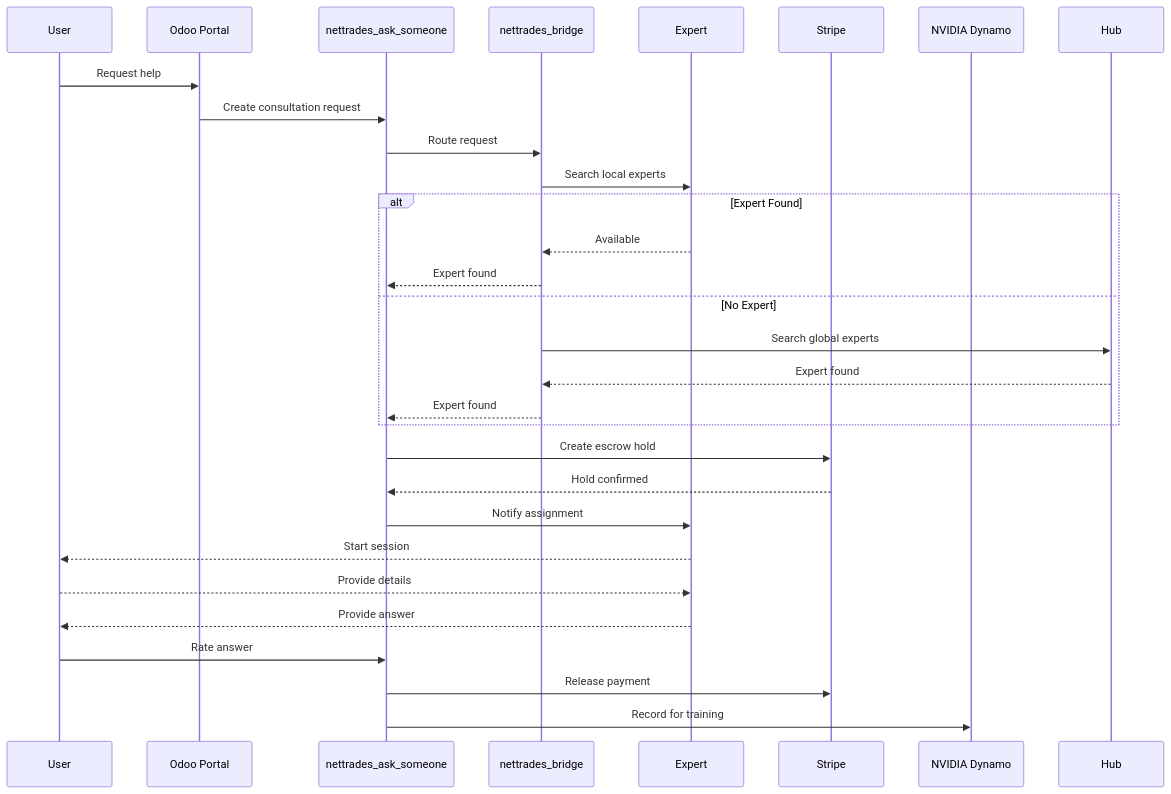
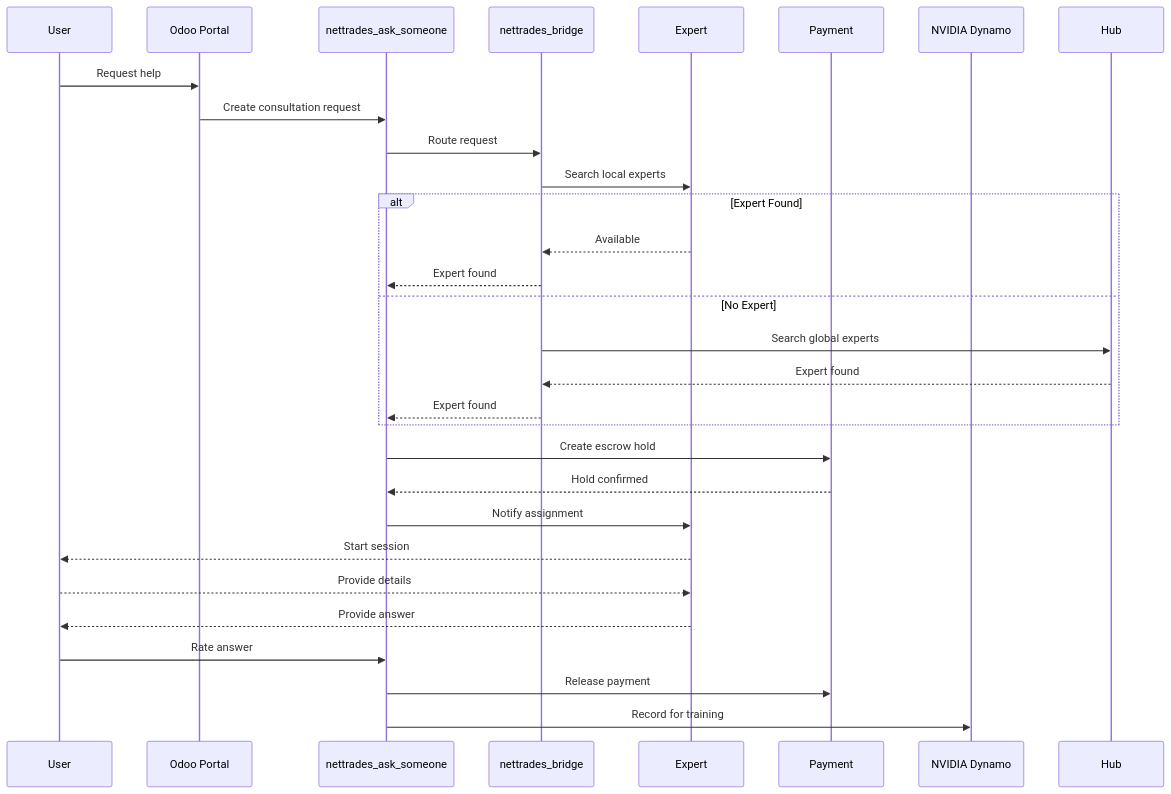
Before and after one commit to nettrades/nettrades-platform: diagram 15 of 18 in README.md, drawn with Mermaid. The commit also changed other lines of this file, not shown here.

Commit message:
Read me file changes

````diff
--- a/README.md
+++ b/README.md
@@ -1875,32 +1875,32 @@
 ```mermaid
 sequenceDiagram
     participant User
     participant Portal as Odoo Portal
     participant Ask as nettrades_ask_someone
     participant Bridge as nettrades_bridge
     participant Expert
-    participant Stripe
+    participant Payment
     participant NVIDIA Dynamo
 
     User->>Portal: Request help
     Portal->>Ask: Create consultation request
     Ask->>Bridge: Route request
     Bridge->>Expert: Search local experts
     alt Expert Found
         Expert-->>Bridge: Available
         Bridge-->>Ask: Expert found
     else No Expert
         Bridge->>Hub: Search global experts
         Hub-->>Bridge: Expert found
         Bridge-->>Ask: Expert found
     end
-    Ask->>Stripe: Create escrow hold
-    Stripe-->>Ask: Hold confirmed
+    Ask->>Payment: Create escrow hold
+    Payment-->>Ask: Hold confirmed
     Ask->>Expert: Notify assignment
     Expert-->>User: Start session
     User-->>Expert: Provide details
     Expert-->>User: Provide answer
     User->>Ask: Rate answer
-    Ask->>Stripe: Release payment
+    Ask->>Payment: Release payment
     Ask->>NVIDIA Dynamo: Record for training
 ```
````
